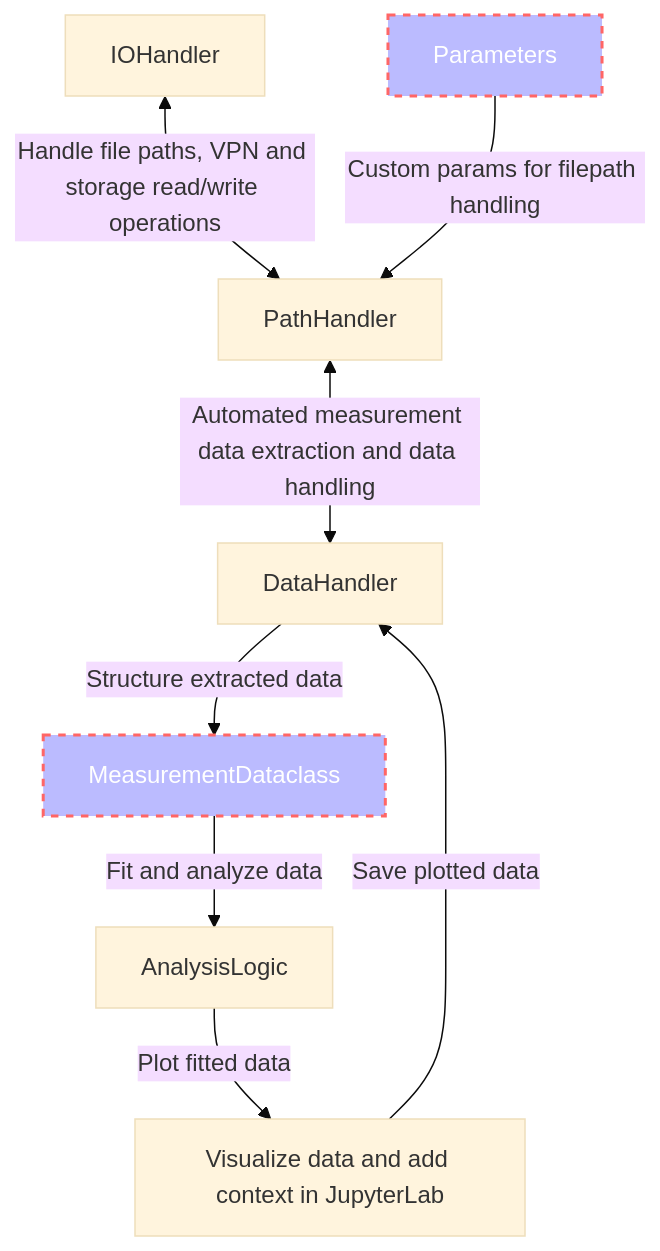
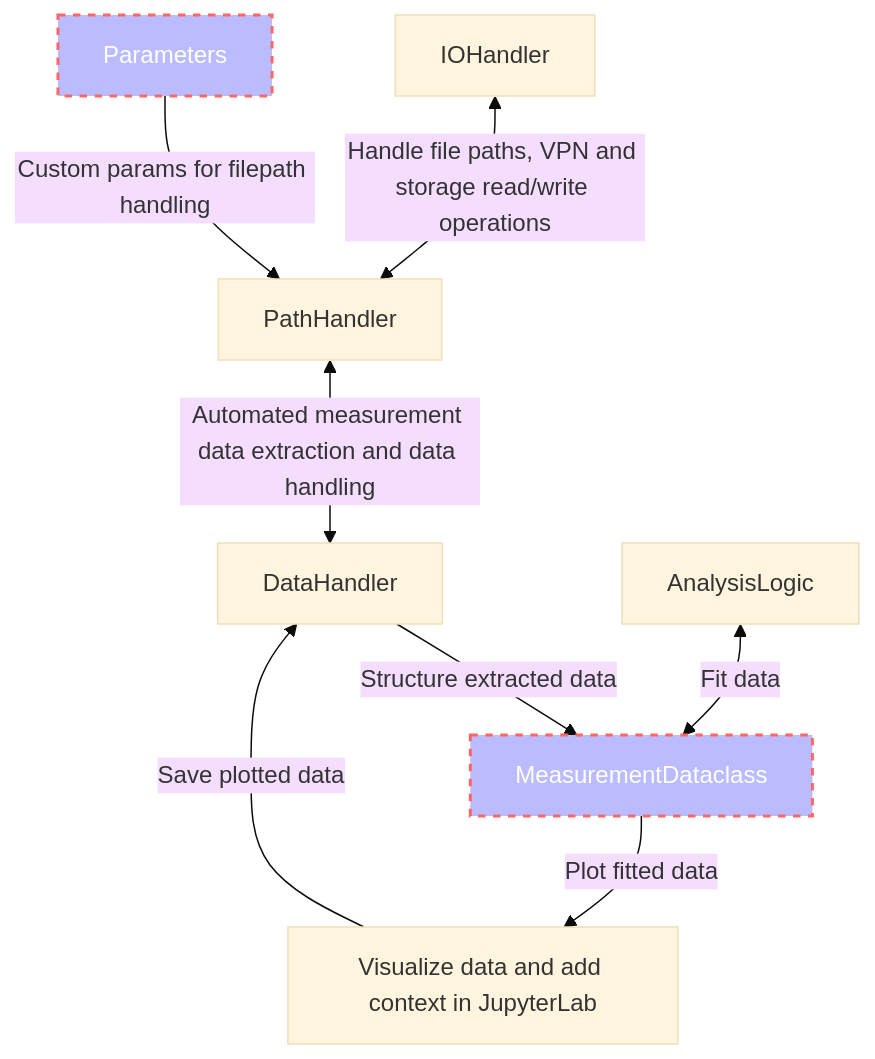
One commit to dineshpinto/qudi-hira-analysis changed the first of 2 diagrams in README.md. Above: the diagram before and after it, drawn with Mermaid (base theme).

````diff
--- a/README.md
+++ b/README.md
@@ -34,12 +34,12 @@
 ```mermaid
 flowchart TD;
     IOHandler<-- Handle file paths, VPN and storage read/write operations -->PathHandler;
     PathHandler<-- Automated measurement data extraction and data handling -->DataHandler;
     Parameters-- Custom params for filepath handling -->PathHandler
     DataHandler-- Structure extracted data -->MeasurementDataclass;
-    MeasurementDataclass-- Fit and analyze data -->AnalysisLogic;
-    AnalysisLogic-- Plot fitted data --> Plot[Visualize data and add context in JupyterLab];
+    AnalysisLogic<-- Fit data -->MeasurementDataclass;
+    MeasurementDataclass-- Plot fitted data --> Plot[Visualize data and add context in JupyterLab];
     Plot-- Save plotted data --> DataHandler;
     style MeasurementDataclass fill:#bbf,stroke:#f66,stroke-width:2px,color:#fff,stroke-dasharray: 5 5
     style Parameters fill:#bbf,stroke:#f66,stroke-width:2px,color:#fff,stroke-dasharray: 5 5
 ```
````
